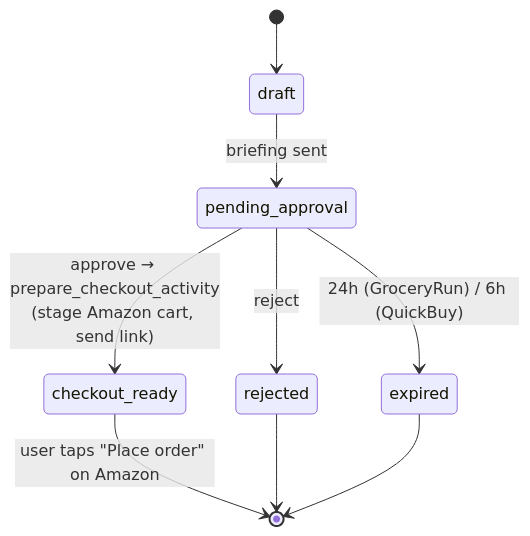
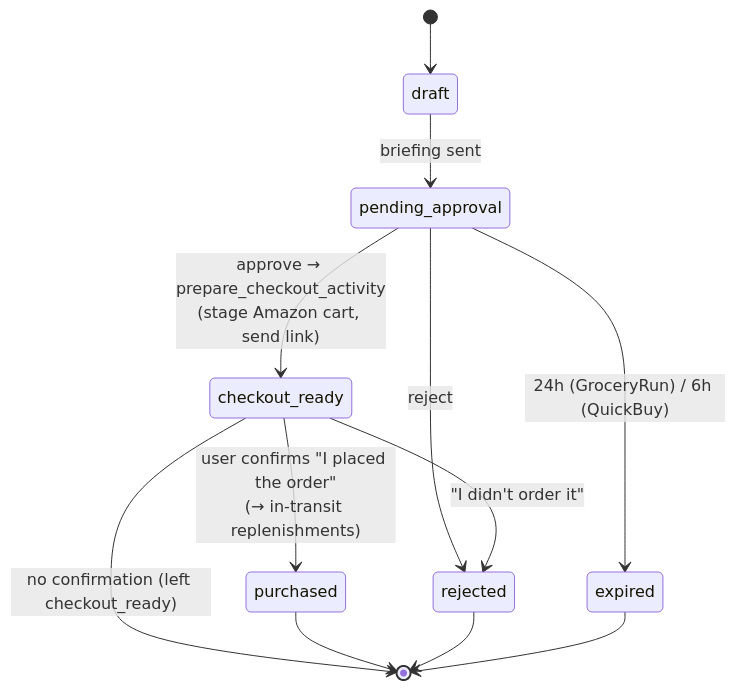
One commit to geogoesbeepboop/grocery-buddy changed the fourth of 7 diagrams in docs/SYSTEM_REFERENCE.md. Above: the diagram before and after it, drawn with Mermaid. The commit also changed other lines of this file and 19 other files, not shown here.

````diff
--- a/docs/SYSTEM_REFERENCE.md
+++ b/docs/SYSTEM_REFERENCE.md
@@ -96,11 +108,14 @@
 ```mermaid
 stateDiagram-v2
     [*] --> draft
     draft --> pending_approval: briefing sent
     pending_approval --> checkout_ready: approve → prepare_checkout_activity<br/>(stage Amazon cart, send link)
     pending_approval --> rejected: reject
     pending_approval --> expired: 24h (GroceryRun) / 6h (QuickBuy)
-    checkout_ready --> [*]: user taps "Place order" on Amazon
+    checkout_ready --> purchased: user confirms "I placed the order"<br/>(→ in-transit replenishments)
+    checkout_ready --> rejected: "I didn't order it"
+    checkout_ready --> [*]: no confirmation (left checkout_ready)
+    purchased --> [*]
     rejected --> [*]
     expired --> [*]
 ```
````
